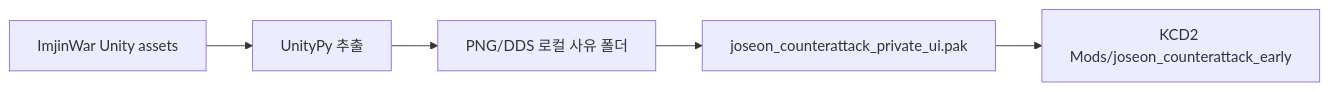
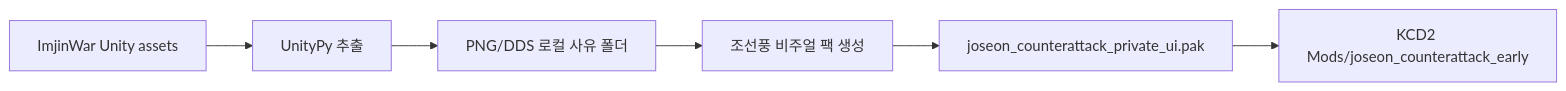
The diagram in imjin-war-joseon-counterattack-story-lab/docs/imjinwar_asset_bridge.md (sinmb79/kcd2-joseon-counterattack-mod), drawn with Mermaid before and after one commit. The commit also changed other lines of this file and 11 other files, not shown here.

````diff
--- a/imjin-war-joseon-counterattack-story-lab/docs/imjinwar_asset_bridge.md
+++ b/imjin-war-joseon-counterattack-story-lab/docs/imjinwar_asset_bridge.md
@@ -44,7 +45,8 @@
 ```mermaid
 flowchart LR
   A["ImjinWar Unity assets"] --> B["UnityPy 추출"]
   B --> C["PNG/DDS 로컬 사유 폴더"]
-  C --> D["joseon_counterattack_private_ui.pak"]
+  C --> V["조선풍 비주얼 팩 생성"]
+  V --> D["joseon_counterattack_private_ui.pak"]
   D --> E["KCD2 Mods/joseon_counterattack_early"]
 ```
````
